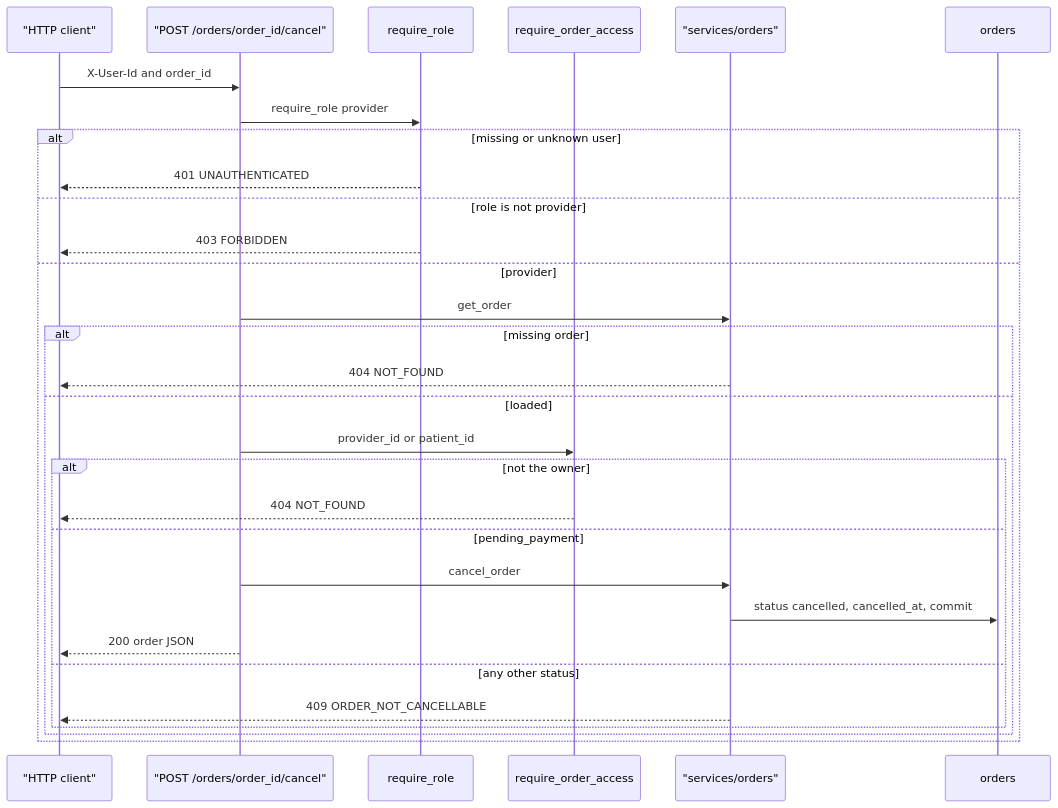
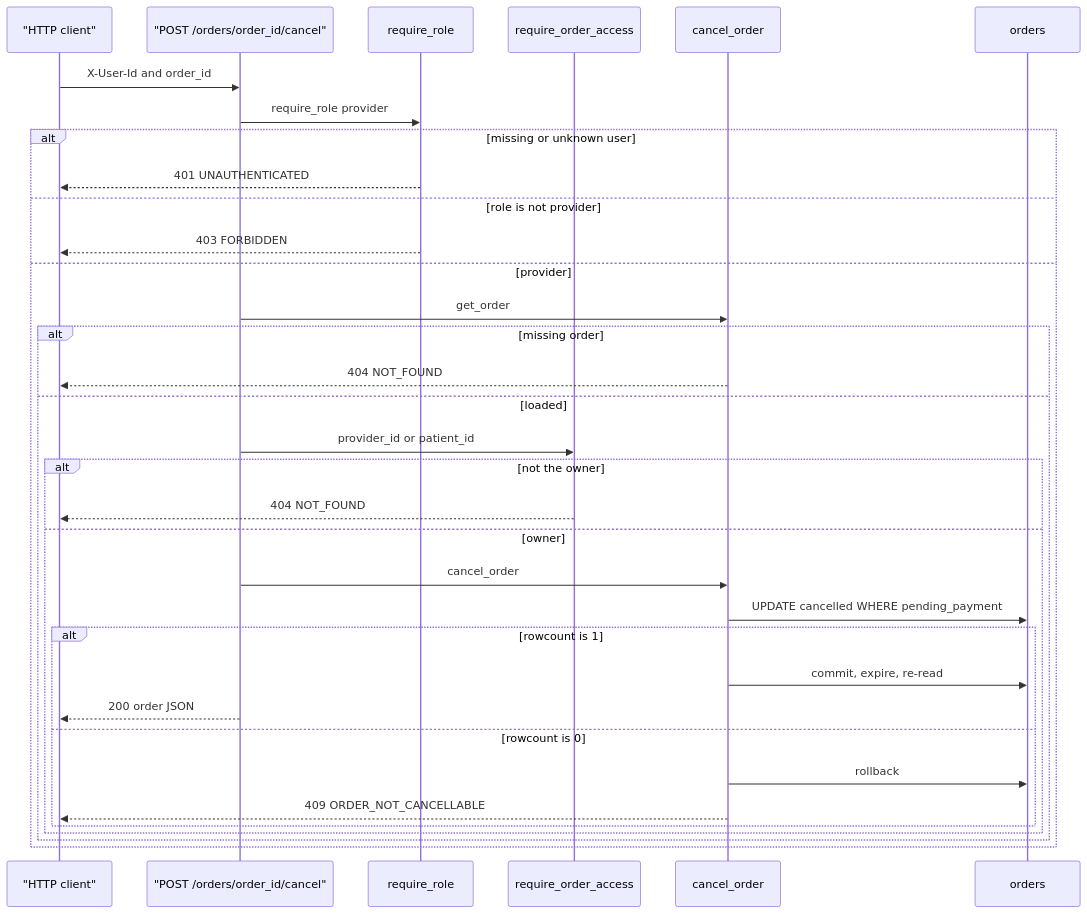
Before and after one commit to drtclem/cerbo_wk1: the third of 3 diagrams in docs/diagrams/flows/orders.md, drawn with Mermaid. The commit also changed other lines of this file and 14 other files, not shown here.

````diff
--- a/docs/diagrams/flows/orders.md
+++ b/docs/diagrams/flows/orders.md
@@ -130,33 +130,37 @@
 ```mermaid
 sequenceDiagram
   participant Client as "HTTP client"
   participant Route as "POST /orders/order_id/cancel"
   participant Auth as require_role
   participant Access as require_order_access
-  participant Svc as "services/orders"
+  participant Svc as cancel_order
   participant Db as orders
 
   Client->>Route: X-User-Id and order_id
   Route->>Auth: require_role provider
   alt missing or unknown user
     Auth-->>Client: 401 UNAUTHENTICATED
   else role is not provider
     Auth-->>Client: 403 FORBIDDEN
   else provider
     Route->>Svc: get_order
     alt missing order
       Svc-->>Client: 404 NOT_FOUND
     else loaded
       Route->>Access: provider_id or patient_id
       alt not the owner
         Access-->>Client: 404 NOT_FOUND
-      else pending_payment
+      else owner
         Route->>Svc: cancel_order
-        Svc->>Db: status cancelled, cancelled_at, commit
-        Route-->>Client: 200 order JSON
-      else any other status
-        Svc-->>Client: 409 ORDER_NOT_CANCELLABLE
+        Svc->>Db: UPDATE cancelled WHERE pending_payment
+        alt rowcount is 1
+          Svc->>Db: commit, expire, re-read
+          Route-->>Client: 200 order JSON
+        else rowcount is 0
+          Svc->>Db: rollback
+          Svc-->>Client: 409 ORDER_NOT_CANCELLABLE
+        end
       end
     end
   end
 ```
````
